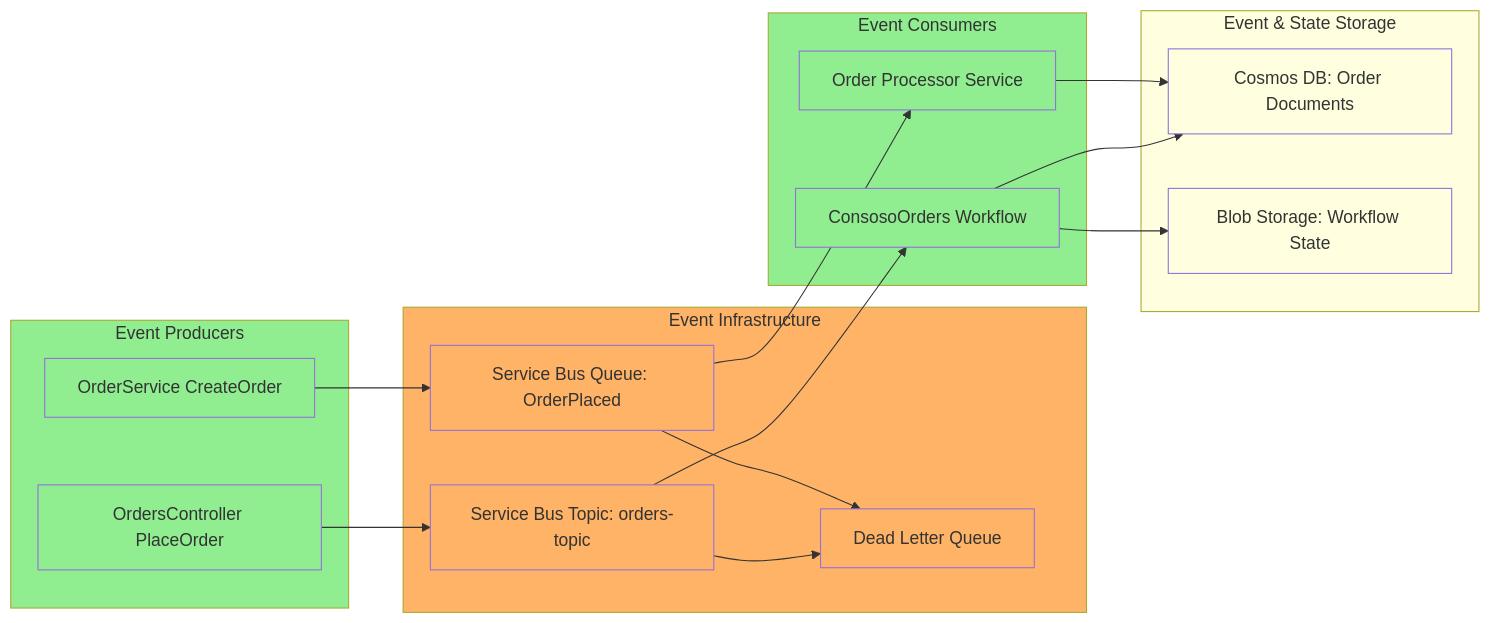
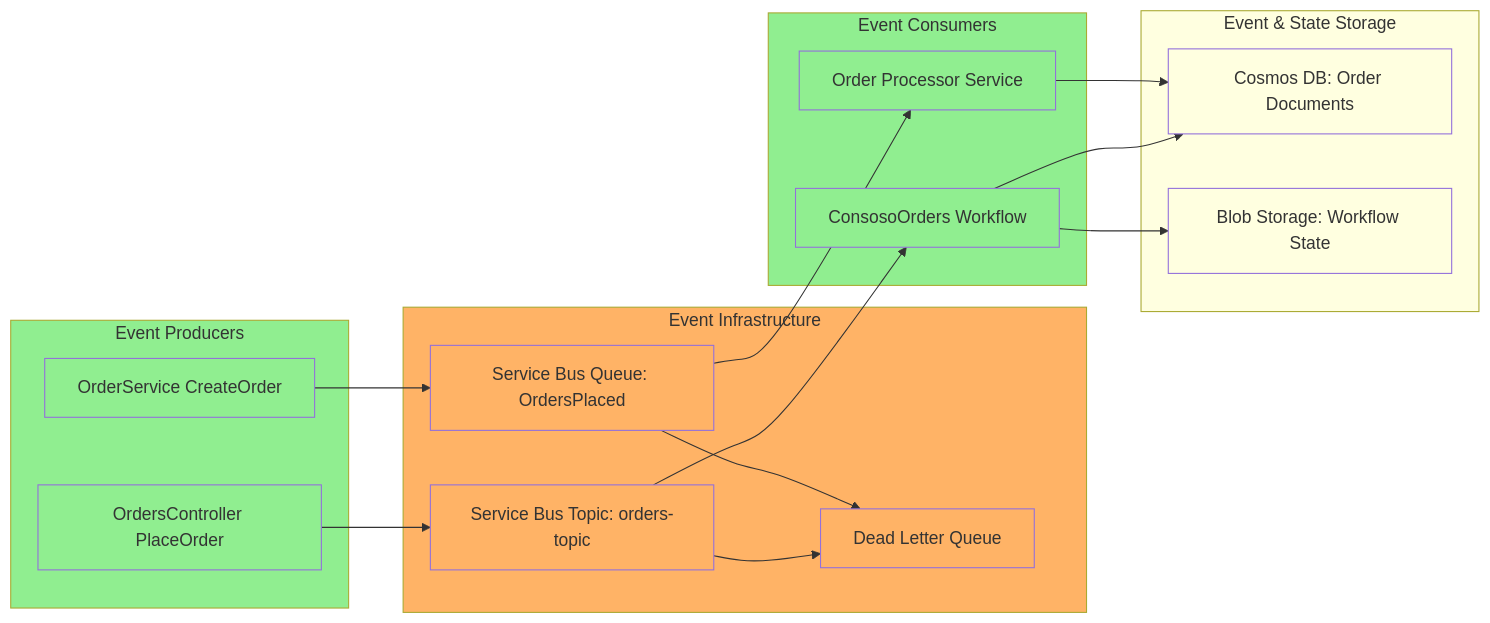
The fourth of 12 diagrams in README.md (Evilazaro/Azure-LogicApps-Monitoring), drawn with Mermaid before and after one commit. The commit also changed other lines of this file and 8 other files, not shown here.

Commit message:
Refactor messaging infrastructure: rename 'OrderPlaced' to 'OrdersPlaced' across multiple files for consistency

````diff
--- a/README.md
+++ b/README.md
@@ -287,47 +287,47 @@
 ```mermaid
 flowchart LR
     subgraph Producers[Event Producers]
         style Producers fill:#90EE90
         P1[OrdersController PlaceOrder]
         P2[OrderService CreateOrder]
     end
     
     subgraph EventBus[Event Infrastructure]
         style EventBus fill:#FFB366
         EB1[Service Bus Topic: orders-topic]
-        EB2[Service Bus Queue: OrderPlaced]
+        EB2[Service Bus Queue: OrdersPlaced]
         EB3[Dead Letter Queue]
     end
     
     subgraph Consumers[Event Consumers]
         style Consumers fill:#90EE90
         C1[ConsosoOrders Workflow]
         C2[Order Processor Service]
     end
     
     subgraph Storage[Event & State Storage]
         style Storage fill:#FFFFE0
         S1[Cosmos DB: Order Documents]
         S2[Blob Storage: Workflow State]
     end
     
     P1 --> EB1
     P2 --> EB2
     EB1 --> C1
     EB2 --> C2
     EB1 --> EB3
     EB2 --> EB3
     C1 --> S1
     C2 --> S1
     C1 --> S2
     
     style P1 fill:#90EE90
     style P2 fill:#90EE90
     style EB1 fill:#FFB366
     style EB2 fill:#FFB366
     style EB3 fill:#FFB366
     style C1 fill:#90EE90
     style C2 fill:#90EE90
     style S1 fill:#FFFFE0
     style S2 fill:#FFFFE0
 ```
````
